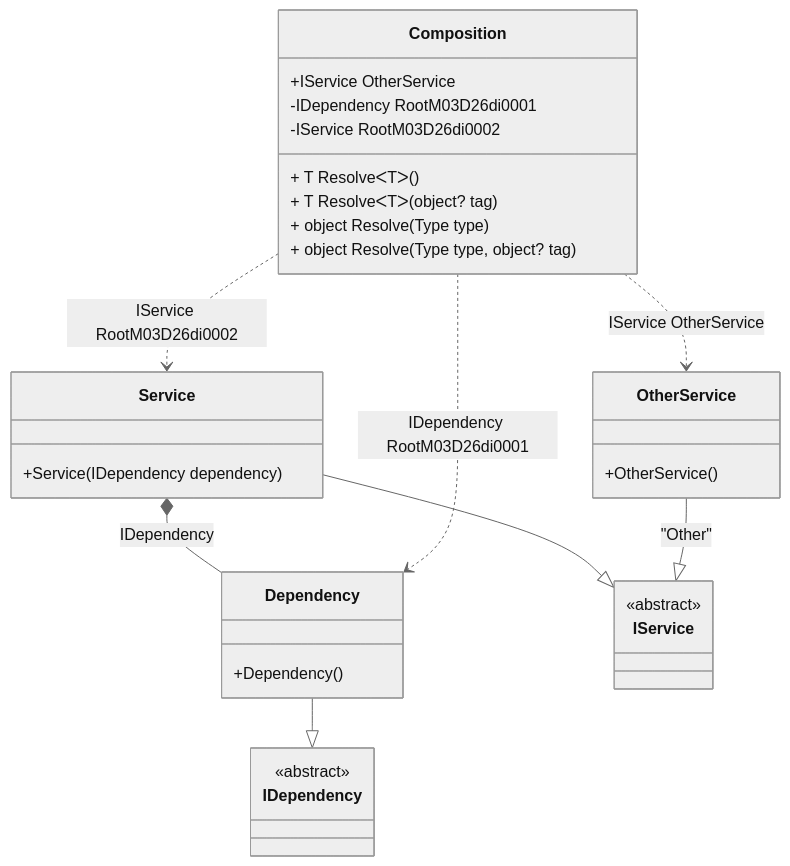
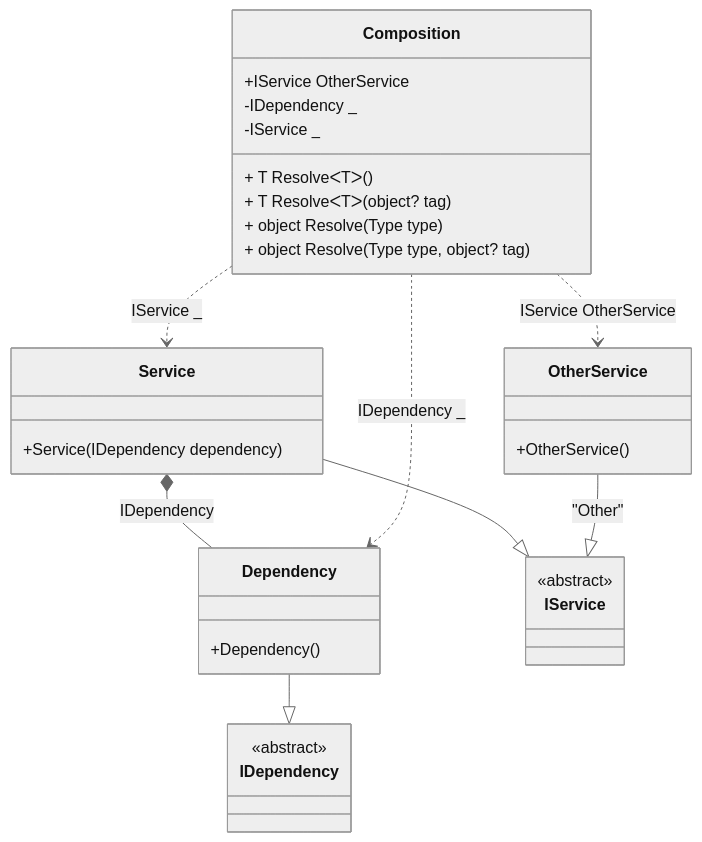
One commit to DevTeam/Pure.DI changed the diagram in readme/resolve-methods.md. Above: the diagram before and after it, drawn with Mermaid (neutral theme). The commit also changed other lines of this file and 93 other files, not shown here.

````diff
--- a/readme/resolve-methods.md
+++ b/readme/resolve-methods.md
@@ -45,34 +48,34 @@
 ```mermaid
 classDiagram
   class Composition {
     +IService OtherService
-    -IDependency RootM03D26di0001
-    -IService RootM03D26di0002
+    -IDependency _
+    -IService _
     + T ResolveᐸTᐳ()
     + T ResolveᐸTᐳ(object? tag)
     + object Resolve(Type type)
     + object Resolve(Type type, object? tag)
   }
   Dependency --|> IDependency : 
   class Dependency {
     +Dependency()
   }
   Service --|> IService : 
   class Service {
     +Service(IDependency dependency)
   }
   OtherService --|> IService : "Other" 
   class OtherService {
     +OtherService()
   }
   class IDependency {
     <<abstract>>
   }
   class IService {
     <<abstract>>
   }
   Service *--  Dependency : IDependency
-  Composition ..> Dependency : IDependency RootM03D26di0001
-  Composition ..> Service : IService RootM03D26di0002
+  Composition ..> Dependency : IDependency _
+  Composition ..> Service : IService _
   Composition ..> OtherService : IService OtherService
 ```
````
